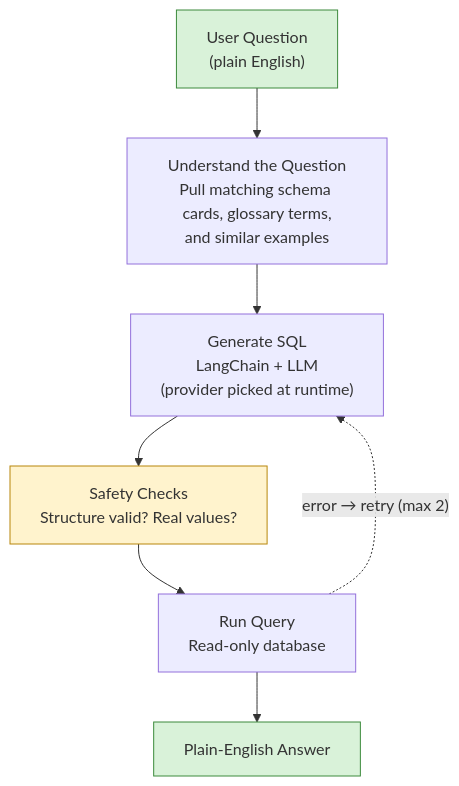
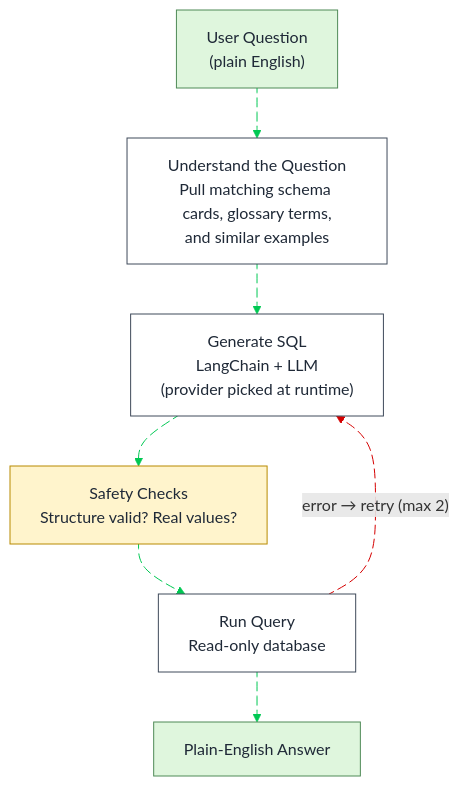
One commit to Yuvrajtakk/logistics_chatbot changed the first of 10 diagrams in Flowcharts_Mermaid_Source.md. Above: the diagram before and after it, drawn with Mermaid. The commit also changed other lines of this file and 2 other files, not shown here.

````diff
--- a/Flowcharts_Mermaid_Source.md
+++ b/Flowcharts_Mermaid_Source.md
@@ -12,15 +11,35 @@
 ```mermaid
 flowchart TD
     Q["User Question<br/>(plain English)"]:::good
     R["Understand the Question<br/>Pull matching schema cards, glossary terms,<br/>and similar examples"]
     G["Generate SQL<br/>LangChain + LLM<br/>(provider picked at runtime)"]
     S["Safety Checks<br/>Structure valid? Real values?"]:::check
     E["Run Query<br/>Read-only database"]
     A["Plain-English Answer"]:::good
 
-    Q --> R --> G --> S --> E --> A
-    E -.->|"error → retry (max 2)"| G
+    Q L_Q_R_0@--> R
+    R L_R_G_0@--> G
+    G L_G_S_0@--> S
+    S L_S_E_0@--> E
+    E L_E_A_0@--> A
+    E L_E_G_0@-. error → retry (max 2) .-> G
 
-    classDef good fill:#D9F2D9,stroke:#3C8A3C
-    classDef check fill:#FFF3CD,stroke:#B8860B
+    classDef default fill:#FFFFFF,stroke:#3F4A5A,color:#1F2937
+    classDef good fill:#DFF6DD,stroke:#4F8A57,color:#1F2937
+    classDef check fill:#FFF4CC,stroke:#B88A00,color:#1F2937
+    classDef bad fill:#FDE2E1,stroke:#C84C4C,color:#1F2937
+
+    linkStyle 0 stroke:#00C853,fill:none
+    linkStyle 1 stroke:#00C853,fill:none
+    linkStyle 2 stroke:#00C853,fill:none
+    linkStyle 3 stroke:#00C853,fill:none
+    linkStyle 4 stroke:#00C853,fill:none
+    linkStyle 5 stroke:#D50000,fill:none
+
+    L_Q_R_0@{ animation: slow }
+    L_R_G_0@{ animation: slow }
+    L_G_S_0@{ animation: slow }
+    L_S_E_0@{ animation: slow }
+    L_E_A_0@{ animation: slow }
+    L_E_G_0@{ animation: slow }
 ```
````
